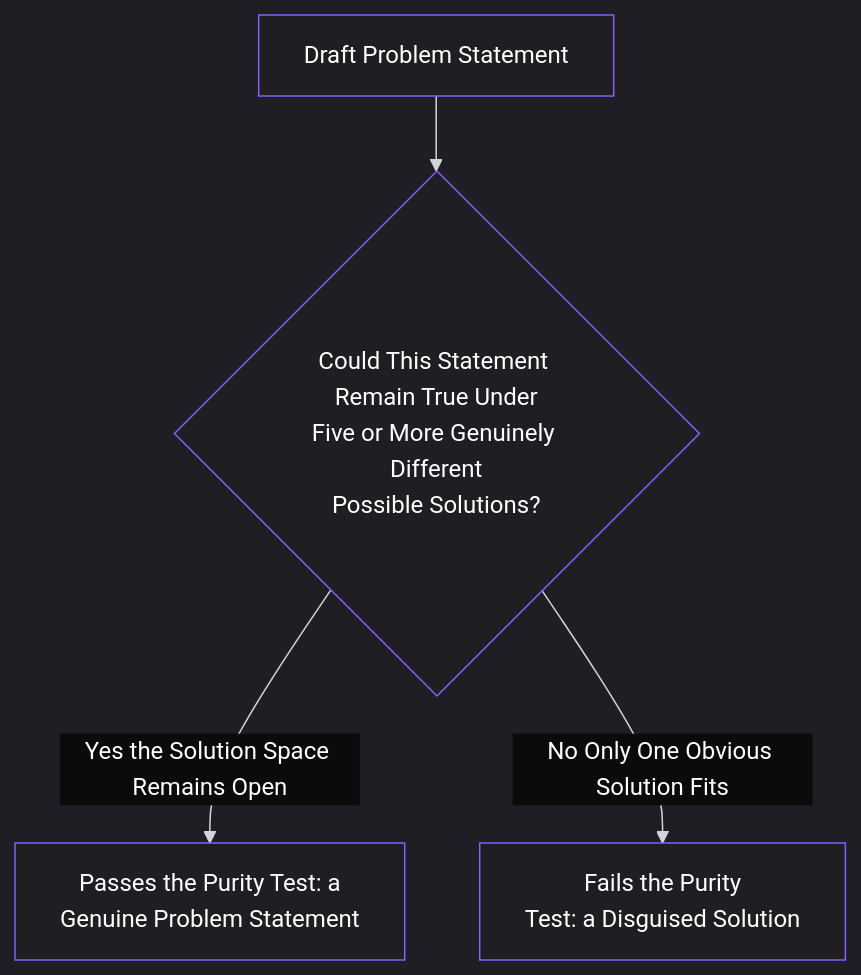
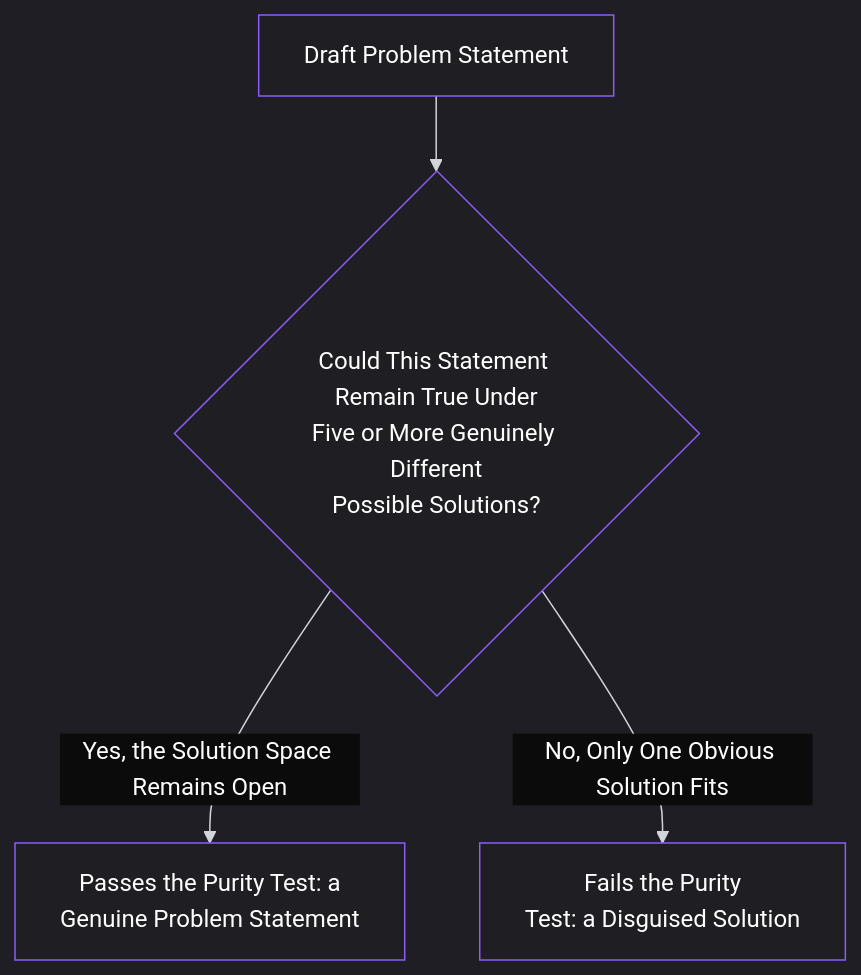
Before and after one commit to pmacademy-app/web: the third of 3 diagrams in content/lessons/lesson-017.md, drawn with Mermaid. The commit also changed other lines of this file and 275 other files, not shown here.

````diff
--- a/content/lessons/lesson-017.md
+++ b/content/lessons/lesson-017.md
@@ -195,36 +195,36 @@
 ```mermaid
 %%{init: {
   "theme": "dark",
   "themeVariables": {
     "background": "#0b0b0c",
     "primaryColor": "#1f1f23",
     "primaryTextColor": "#ffffff",
     "primaryBorderColor": "#8b5cf6",
     "lineColor": "#d1d5db",
     "secondaryColor": "#18181b",
     "tertiaryColor": "#111111",
     "mainBkg": "#1f1f23",
     "nodeBorder": "#8b5cf6",
     "clusterBkg": "#000000",
     "clusterBorder": "#27272a",
     "titleColor": "#ffffff",
     "edgeLabelBackground": "#0b0b0c",
     "nodeTextColor": "#ffffff",
     "edgeLabelColor": "#ffffff",
     "actorBorder": "#8b5cf6",
     "actorBkg": "#1f1f23",
     "actorTextColor": "#ffffff",
     "sequenceNumberColor": "#ffffff",
     "signalColor": "#8b5cf6",
     "signalTextColor": "#ffffff",
     "textColor": "#ffffff",
     "classText": "#ffffff",
     "classBorder": "#8b5cf6",
     "classBkg": "#1f1f23"
   }
 }}%%
 graph TD
     A[Draft Problem Statement] --> B{Could This Statement Remain True Under<br/>Five or More Genuinely Different<br/>Possible Solutions?}
-    B -->|Yes the Solution Space Remains Open| C[Passes the Purity Test: a<br/>Genuine Problem Statement]
-    B -->|No Only One Obvious Solution Fits| D[Fails the Purity<br/>Test: a Disguised Solution]
+    B -->|Yes, the Solution Space Remains Open| C[Passes the Purity Test: a<br/>Genuine Problem Statement]
+    B -->|No, Only One Obvious Solution Fits| D[Fails the Purity<br/>Test: a Disguised Solution]
 ```
````
